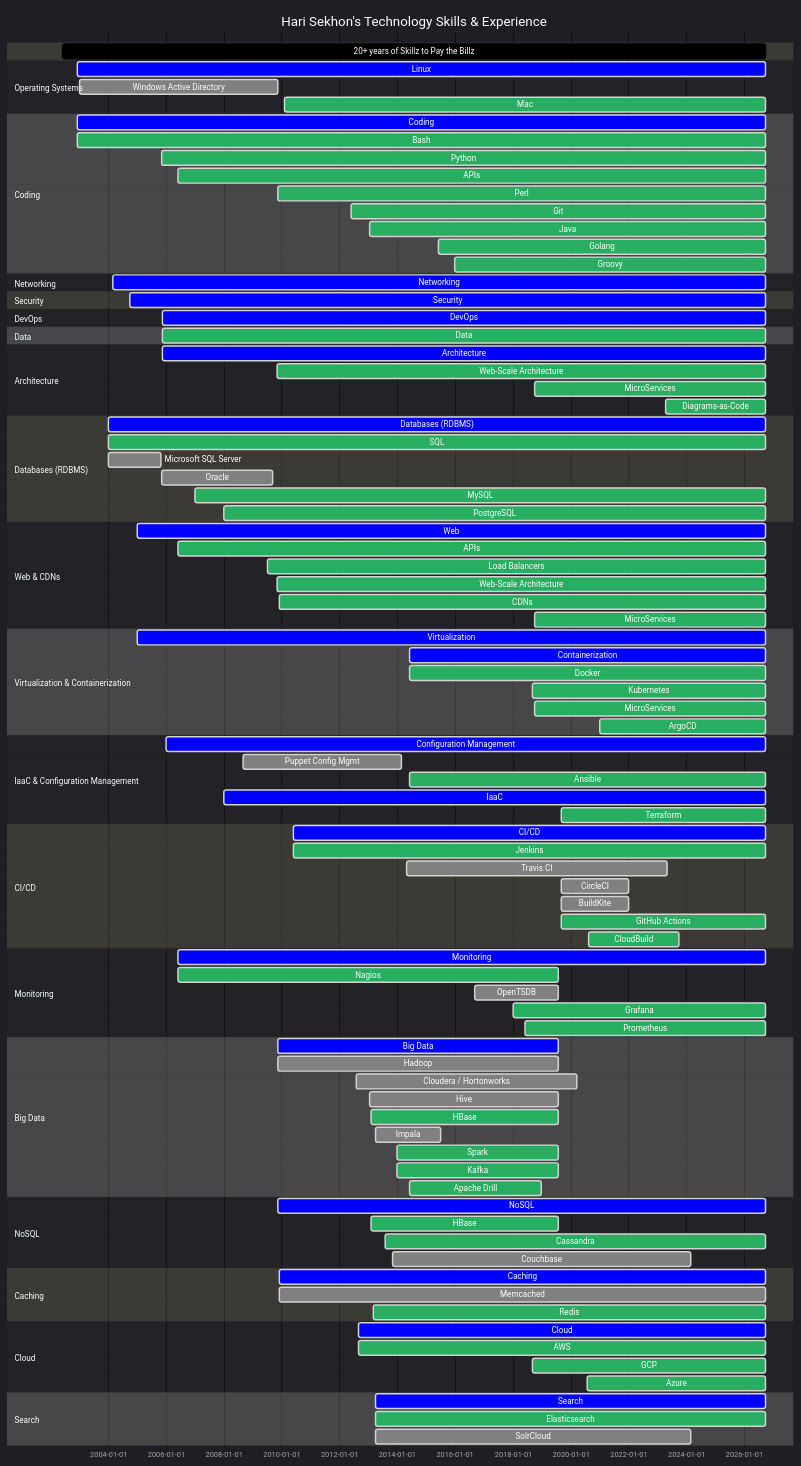
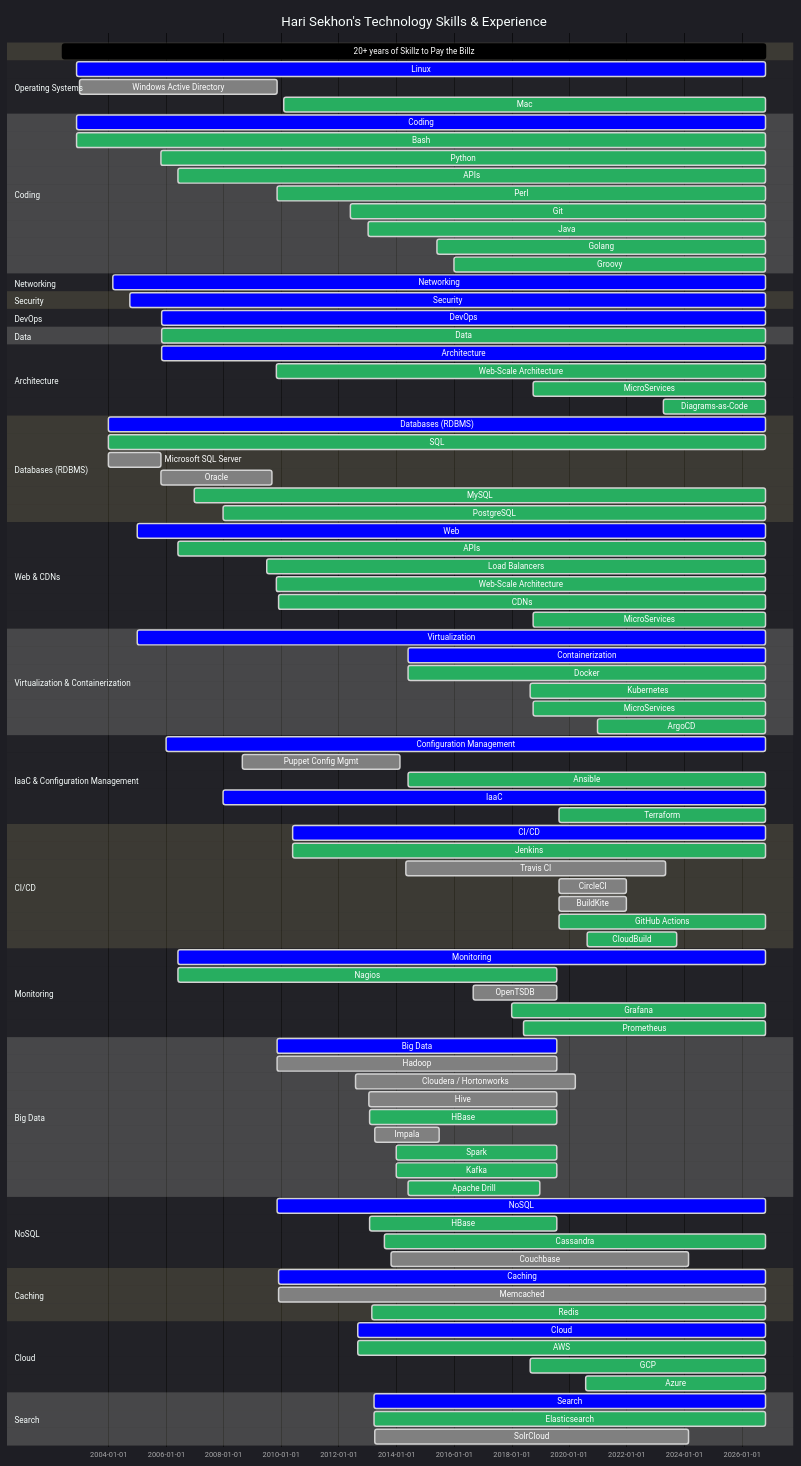
One commit to HariSekhon/HariSekhon changed the second of 2 diagrams in README.md. Above: the diagram before and after it, drawn with Mermaid. The commit also changed other lines of this file, not shown here.

Commit message:
updated profile counters

````diff
--- a/README.md
+++ b/README.md
@@ -1402,129 +1402,129 @@
     title Hari Sekhon's Technology Skills & Experience
     dateFormat  YYYY-MM-DD
 
-    20+ years of Skillz to Pay the Billz : 2002-06-01, 2026-09-30
+    20+ years of Skillz to Pay the Billz : 2002-06-01, 2026-10-30
 
     section Operating Systems
-    Linux                    : crit, 2002-12-01, 2026-09-30
+    Linux                    : crit, 2002-12-01, 2026-10-30
     Windows Active Directory : done, 2003-01-01, 2009-11-10
-    %%Redhat Linux             : active, 2002-12-01, 2026-09-30
-    %%Debian Linux             : active, 2003-01-01, 2026-09-30
+    %%Redhat Linux             : active, 2002-12-01, 2026-10-30
+    %%Debian Linux             : active, 2003-01-01, 2026-10-30
     %%Gentoo Linux             : done, 2004-06-01, 2009-11-10
-    %%Ubuntu Linux             : active, 2006-06-01, 2026-09-30
-    %%Alpine Linux             : done, 2016-01-01, 2026-09-30
-    Mac                      : active, 2010-02-01, 2026-09-30
+    %%Ubuntu Linux             : active, 2006-06-01, 2026-10-30
+    %%Alpine Linux             : done, 2016-01-01, 2026-10-30
+    Mac                      : active, 2010-02-01, 2026-10-30
 
     section Coding
-    Coding                 : crit, 2002-12-01, 2026-09-30
-    Bash                   : active, 2002-12-01, 2026-09-30
-    Python                 : active, 2005-11-01, 2026-09-30
-    APIs                   : active, 2006-06-01, 2026-09-30
+    Coding                 : crit, 2002-12-01, 2026-10-30
+    Bash                   : active, 2002-12-01, 2026-10-30
+    Python                 : active, 2005-11-01, 2026-10-30
+    APIs                   : active, 2006-06-01, 2026-10-30
     %%VBScript               : done, 2005-05-01, 2009-11-01
-    Perl                   : active, 2009-11-13, 2026-09-30
-    Git                    : active, 2012-06-01, 2026-09-30
+    Perl                   : active, 2009-11-13, 2026-10-30
+    Git                    : active, 2012-06-01, 2026-10-30
     %%Ruby                   : done, 2009-11-13, 2013-01-31
-    Java                   : active, 2013-01-13, 2026-09-30
+    Java                   : active, 2013-01-13, 2026-10-30
     %%Jython                 : done, 2013-01-13, 2015-12-31
     %%JRuby                  : done, 2013-03-01, 2013-08-31
     %%Scala                  : done, 2014-01-01, 2015-12-31
-    Golang                 : active, 2015-06-01, 2026-09-30
-    Groovy                 : active, 2016-01-01, 2026-09-30
+    Golang                 : active, 2015-06-01, 2026-10-30
+    Groovy                 : active, 2016-01-01, 2026-10-30
 
     %%section Build Systems
-    %%Make                   : active, 2006-06-01, 2026-09-30
-    %%Maven                  : active, 2013-02-01, 2026-09-30
-    %%SBT                    : active, 2014-01-01, 2026-09-30
-    %%Gradle                 : active, 2014-06-01, 2026-09-30
+    %%Make                   : active, 2006-06-01, 2026-10-30
+    %%Maven                  : active, 2013-02-01, 2026-10-30
+    %%SBT                    : active, 2014-01-01, 2026-10-30
+    %%Gradle                 : active, 2014-06-01, 2026-10-30
 
     %%section Version Control Systems
     %%Subversion             : done, 2005-11-13, 2012-06-01
     %%Mercurial              : done, 2011-06-01, 2013-06-01
-    %%Git                    : active, 2012-06-01, 2026-09-30
-    %%GitHub                 : active, 2012-12-31, 2026-09-30
+    %%Git                    : active, 2012-06-01, 2026-10-30
+    %%GitHub                 : active, 2012-12-31, 2026-10-30
 
     section Networking
-    Networking             : crit, 2004-03-01, 2026-09-30
-    %%VPNs                   : active, 2006-06-01, 2026-09-30
-    %%Cisco - IOS / NX-OS    : done, 2004-03-01, 2026-09-30
+    Networking             : crit, 2004-03-01, 2026-10-30
+    %%VPNs                   : active, 2006-06-01, 2026-10-30
+    %%Cisco - IOS / NX-OS    : done, 2004-03-01, 2026-10-30
     %%Juniper - Netscreen / SSG / SRX / ScreenOS / JunOS : done, 2007-01-01, 2013-01-18
     %%Netgear                : done, 2005-01-01, 2012-12-31
 
     section Load Balancers
 
     section Security
-    Security               : crit, 2004-10-01, 2026-09-30
-    %%Kerberos               : active, 2006-06-01, 2026-09-30
-    %%LDAP                   : active, 2006-06-01, 2026-09-30
+    Security               : crit, 2004-10-01, 2026-10-30
+    %%Kerberos               : active, 2006-06-01, 2026-10-30
+    %%LDAP                   : active, 2006-06-01, 2026-10-30
 
     section DevOps
-    DevOps                   : crit, 2005-11-11, 2026-09-30
+    DevOps                   : crit, 2005-11-11, 2026-10-30
 
     section Data
-    Data                   : active, 2005-11-11, 2026-09-30
-    %%Data Validation        : done, 2006-06-01, 2026-09-30
-    %%Data Science           : done, 2013-01-18, 2026-09-30
+    Data                   : active, 2005-11-11, 2026-10-30
+    %%Data Validation        : done, 2006-06-01, 2026-10-30
+    %%Data Science           : done, 2013-01-18, 2026-10-30
 
     section Architecture
-    Architecture            : crit,   2005-11-11, 2026-09-30
-    Web-Scale Architecture  : active, 2009-11-01, 2026-09-30
-    MicroServices           : active, 2018-10-01, 2026-09-30
-    Diagrams-as-Code        : active, 2023-04-14, 2026-09-30
+    Architecture            : crit,   2005-11-11, 2026-10-30
+    Web-Scale Architecture  : active, 2009-11-01, 2026-10-30
+    MicroServices           : active, 2018-10-01, 2026-10-30
+    Diagrams-as-Code        : active, 2023-04-14, 2026-10-30
 
     section Databases (RDBMS)
-    Databases (RDBMS)      : crit, 2004-01-01, 2026-09-30
-    SQL                    : active, 2004-01-01, 2026-09-30
+    Databases (RDBMS)      : crit, 2004-01-01, 2026-10-30
+    SQL                    : active, 2004-01-01, 2026-10-30
     Microsoft SQL Server   : done, 2004-01-01, 2005-10-31
     Oracle                 : done, 2005-11-01, 2009-09-10
-    MySQL                  : active, 2007-01-01, 2026-09-30
-    PostgreSQL             : active, 2008-01-01, 2026-09-30
+    MySQL                  : active, 2007-01-01, 2026-10-30
+    PostgreSQL             : active, 2008-01-01, 2026-10-30
 
     section Web & CDNs
-    Web                    : crit, 2005-01-01, 2026-09-30
-    APIs                   : active, 2006-06-01, 2026-09-30
+    Web                    : crit, 2005-01-01, 2026-10-30
+    APIs                   : active, 2006-06-01, 2026-10-30
 
-    Load Balancers         : active, 2009-07-01, 2026-09-30
+    Load Balancers         : active, 2009-07-01, 2026-10-30
     %%LVS                    : done, 2009-01-01, 2009-11-11
     %%Foundry - ServerIron XL / 4G : done, 2009-10-13, 2011-11-31
     %%F5 BigIP               : done, 2010-06-01, 2013-01-18
-    %%HAProxy                : active, 2018-04-01, 2026-09-30
-    %%Kong                   : active, 2023-03-01, 2026-09-30
-    %%Traefik                : active, 2023-03-01, 2026-09-30
+    %%HAProxy                : active, 2018-04-01, 2026-10-30
+    %%Kong                   : active, 2023-03-01, 2026-10-30
+    %%Traefik                : active, 2023-03-01, 2026-10-30
 
-    Web-Scale Architecture : active, 2009-11-01, 2026-09-30
-    CDNs                   : active, 2009-12-01, 2026-09-30
+    Web-Scale Architecture : active, 2009-11-01, 2026-10-30
+    CDNs                   : active, 2009-12-01, 2026-10-30
     %%UlraDNS                : done, 2009-11-01, 2012-06-31
     %%Cotendo                : done, 2012-06-01, 2013-01-13
-    %%Cloudflare             : active, 2020-08-20, 2026-09-30
-    MicroServices            : active, 2018-10-01, 2026-09-30
+    %%Cloudflare             : active, 2020-08-20, 2026-10-30
+    MicroServices            : active, 2018-10-01, 2026-10-30
 
     section Virtualization & Containerization
-    Virtualization         : crit, 2005-01-01, 2026-09-30
+    Virtualization         : crit, 2005-01-01, 2026-10-30
     %%VMware ESX, ESXi, VirtualBox : done, 2005-01-01, 2017-02-16
     %%Vagrant                : active, 2013-01-01, 2023-12-31
-    Containerization       : crit, 2014-06-01, 2026-09-30
-    Docker                 : active, 2014-06-01, 2026-09-30
-    Kubernetes             : active, 2018-09-01, 2026-09-30
-    MicroServices          : active, 2018-10-01, 2026-09-30
-    ArgoCD                 : active, 2021-01-01, 2026-09-30
+    Containerization       : crit, 2014-06-01, 2026-10-30
+    Docker                 : active, 2014-06-01, 2026-10-30
+    Kubernetes             : active, 2018-09-01, 2026-10-30
+    MicroServices          : active, 2018-10-01, 2026-10-30
+    ArgoCD                 : active, 2021-01-01, 2026-10-30
 
     section IaaC & Configuration Management
-    Configuration Management :crit, 2006-01-01, 2026-09-30
+    Configuration Management :crit, 2006-01-01, 2026-10-30
     Puppet Config Mgmt     : done, 2008-09-01, 2014-02-18
-    Ansible                : active, 2014-06-01, 2026-09-30
-    IaaC                   :crit, 2008-01-01, 2026-09-30
-    Terraform              :active, 2019-09-01, 2026-09-30
+    Ansible                : active, 2014-06-01, 2026-10-30
+    IaaC                   :crit, 2008-01-01, 2026-10-30
+    Terraform              :active, 2019-09-01, 2026-10-30
     %%Terraform Cloud        : active, 2021-09-01, 2022-09-31
-    %%Kickstart              : active, 2008-01-01, 2026-09-30
-    %%Preseed                : active, 2009-01-01, 2026-09-30
-    %%AutoInstall            : active, 2023-01-01, 2026-09-30
+    %%Kickstart              : active, 2008-01-01, 2026-10-30
+    %%Preseed                : active, 2009-01-01, 2026-10-30
+    %%AutoInstall            : active, 2023-01-01, 2026-10-30
 
     section CI/CD
-    CI/CD                  : crit, 2010-06-01, 2026-09-30
-    Jenkins                : active, 2010-06-01, 2026-09-30
+    CI/CD                  : crit, 2010-06-01, 2026-10-30
+    Jenkins                : active, 2010-06-01, 2026-10-30
     Travis CI              : done, 2014-05-01, 2023-05-08
     CircleCI               : done, 2019-09-01, 2021-12-31
     BuildKite              : done, 2019-09-01, 2021-12-31
-    GitHub Actions         : active, 2019-09-01, 2026-09-30
+    GitHub Actions         : active, 2019-09-01, 2026-10-30
     %%GitLab                 : active, 2019-09-01, 2022-12-31
     %%Azure DevOps           : done, 2019-09-01, 2022-12-31
     %%Bitbucket              : done, 2019-09-01, 2022-12-31
@@ -1533,11 +1533,11 @@
     CloudBuild             : active, 2020-08-20, 2023-09-30
 
     section Monitoring
-    Monitoring             : crit, 2006-06-01, 2026-09-30
+    Monitoring             : crit, 2006-06-01, 2026-10-30
     Nagios                 : active, 2006-06-01, 2019-07-31
     OpenTSDB               : done, 2016-09-01, 2019-07-31
-    Grafana                : active, 2018-01-01, 2026-09-30
-    Prometheus             : active, 2018-06-01, 2026-09-30
+    Grafana                : active, 2018-01-01, 2026-10-30
+    Prometheus             : active, 2018-06-01, 2026-10-30
     %%Pingdom                : done, 2020-08-20, 2023-09-17
     %%Datadog                : done, 2022-08-20, 2023-09-17
 
@@ -1555,28 +1555,28 @@
     Apache Drill           : active, 2014-06-01, 2018-12-31
 
     section NoSQL
-    NoSQL                  : crit, 2009-11-13, 2026-09-30
+    NoSQL                  : crit, 2009-11-13, 2026-10-30
     HBase                  : active, 2013-02-01, 2019-07-31
     %%MongoDB                : done, 2013-06-01, 2013-12-31
-    Cassandra              : active, 2013-08-01, 2026-09-30
+    Cassandra              : active, 2013-08-01, 2026-10-30
     Couchbase              : done, 2013-11-01, 2024-03-01
 
     section Caching
-    Caching                : crit, 2009-11-31, 2026-09-30
-    Memcached              : done, 2009-11-31, 2026-09-30
-    Redis                  : active, 2013-03-01, 2026-09-30
+    Caching                : crit, 2009-11-31, 2026-10-30
+    Memcached              : done, 2009-11-31, 2026-10-30
+    Redis                  : active, 2013-03-01, 2026-10-30
 
     section Cloud
-    Cloud            : crit, 2012-09-01, 2026-09-30
-    AWS              : active, 2012-09-01, 2026-09-30
-    GCP              : active, 2018-09-01, 2026-09-30
-    Azure            : active, 2020-08-01, 2026-09-30
+    Cloud            : crit, 2012-09-01, 2026-10-30
+    AWS              : active, 2012-09-01, 2026-10-30
+    GCP              : active, 2018-09-01, 2026-10-30
+    Azure            : active, 2020-08-01, 2026-10-30
 
     section Search
-    Search                 : crit, 2013-03-31, 2026-09-30
-    Elasticsearch          : active, 2013-03-31, 2026-09-30
-    %%LogStash               : done, 2013-03-31, 2026-09-30
-    %%Fluentd                : crit, 2018-03-31, 2026-09-30
-    %%Kibana                 : crit, 2013-03-31, 2026-09-30
+    Search                 : crit, 2013-03-31, 2026-10-30
+    Elasticsearch          : active, 2013-03-31, 2026-10-30
+    %%LogStash               : done, 2013-03-31, 2026-10-30
+    %%Fluentd                : crit, 2018-03-31, 2026-10-30
+    %%Kibana                 : crit, 2013-03-31, 2026-10-30
     SolrCloud              : done, 2013-04-01, 2024-03-01
 ```
````
